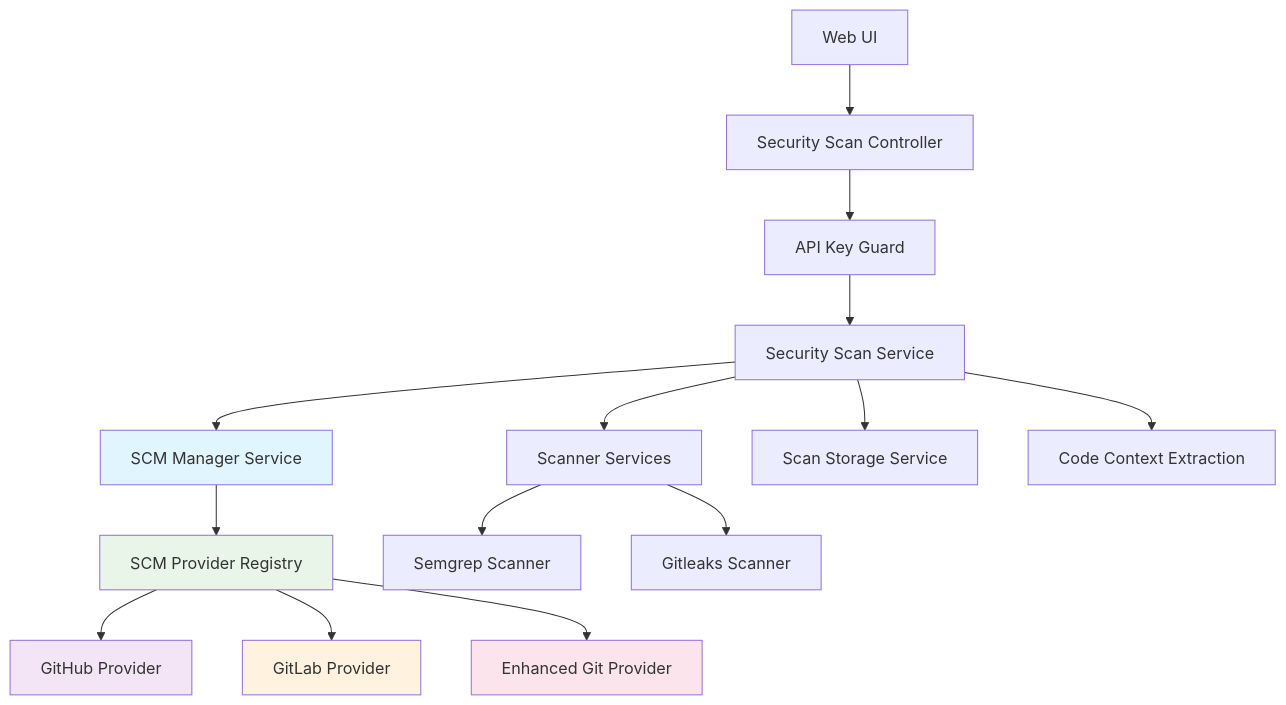
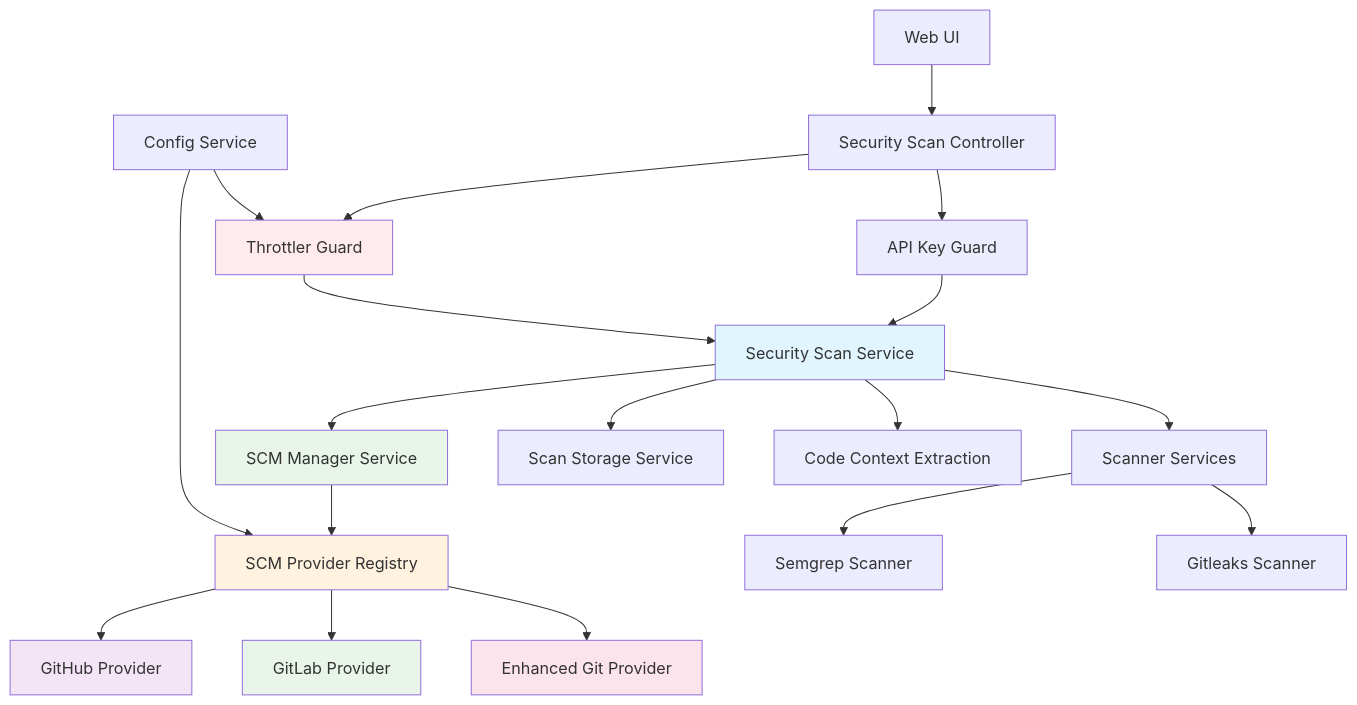
One commit to dimitrity/repo-security-scanner changed the first of 2 diagrams in README.md. Above: the diagram before and after it, drawn with Mermaid. The commit also changed other lines of this file and 53 other files, not shown here.

````diff
--- a/README.md
+++ b/README.md
@@ -583,22 +641,28 @@
 ```mermaid
 graph TD
     A[Web UI] --> B[Security Scan Controller]
     B --> C[API Key Guard]
-    C --> D[Security Scan Service]
-    D --> E[SCM Manager Service]
-    E --> F[SCM Provider Registry]
-    F --> G[GitHub Provider]
-    F --> H[GitLab Provider] 
-    F --> I[Enhanced Git Provider]
-    D --> J[Scanner Services]
-    D --> K[Scan Storage Service]
-    J --> L[Semgrep Scanner]
-    J --> M[Gitleaks Scanner]
-    D --> N[Code Context Extraction]
+    B --> D[Throttler Guard]
+    C --> E[Security Scan Service]
+    D --> E
+    E --> F[SCM Manager Service]
+    F --> G[SCM Provider Registry]
+    G --> H[GitHub Provider]
+    G --> I[GitLab Provider] 
+    G --> J[Enhanced Git Provider]
+    E --> K[Scanner Services]
+    E --> L[Scan Storage Service]
+    K --> M[Semgrep Scanner]
+    K --> N[Gitleaks Scanner]
+    E --> O[Code Context Extraction]
+    P[Config Service] --> D
+    P --> G
     
     style E fill:#e1f5fe
     style F fill:#e8f5e8
-    style G fill:#f3e5f5
-    style H fill:#fff3e0
-    style I fill:#fce4ec
+    style G fill:#fff3e0
+    style H fill:#f3e5f5
+    style I fill:#e8f5e8
+    style J fill:#fce4ec
+    style D fill:#ffebee
 ```
````
